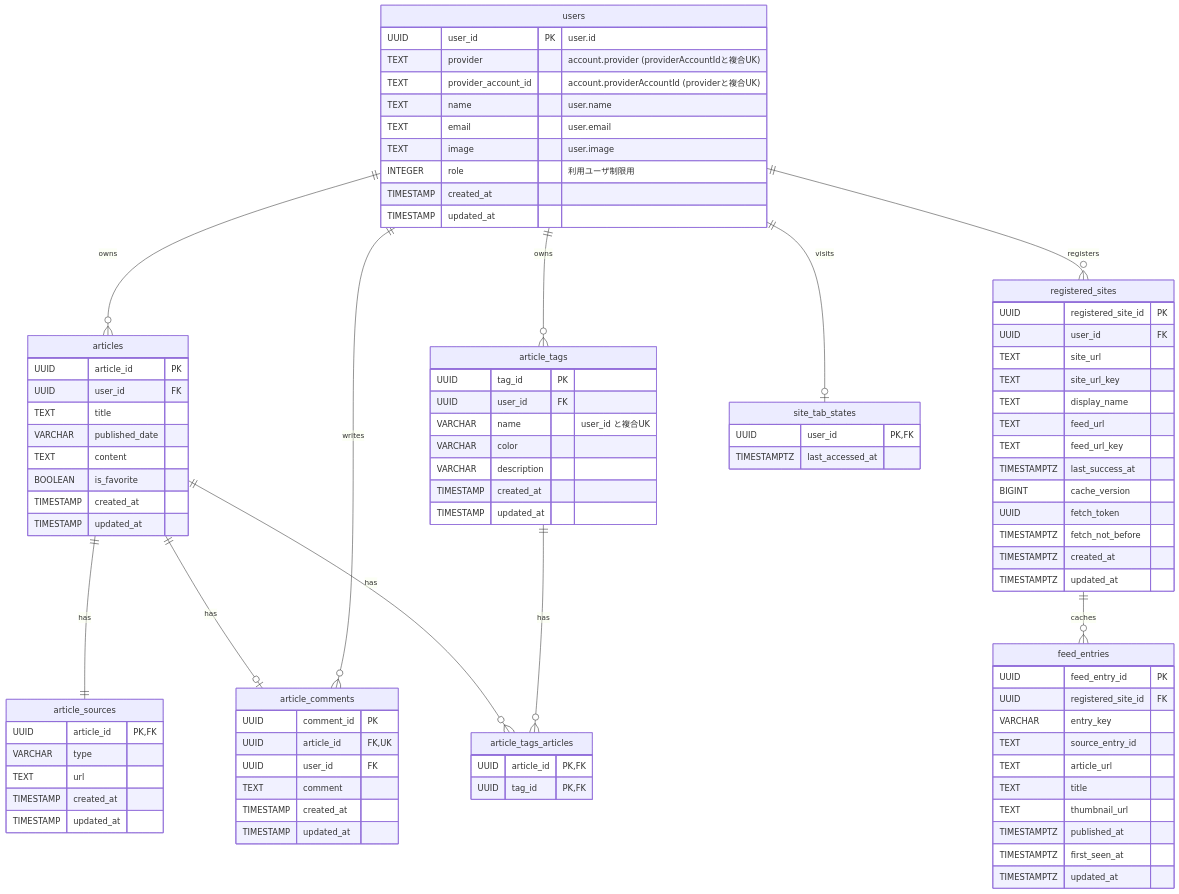
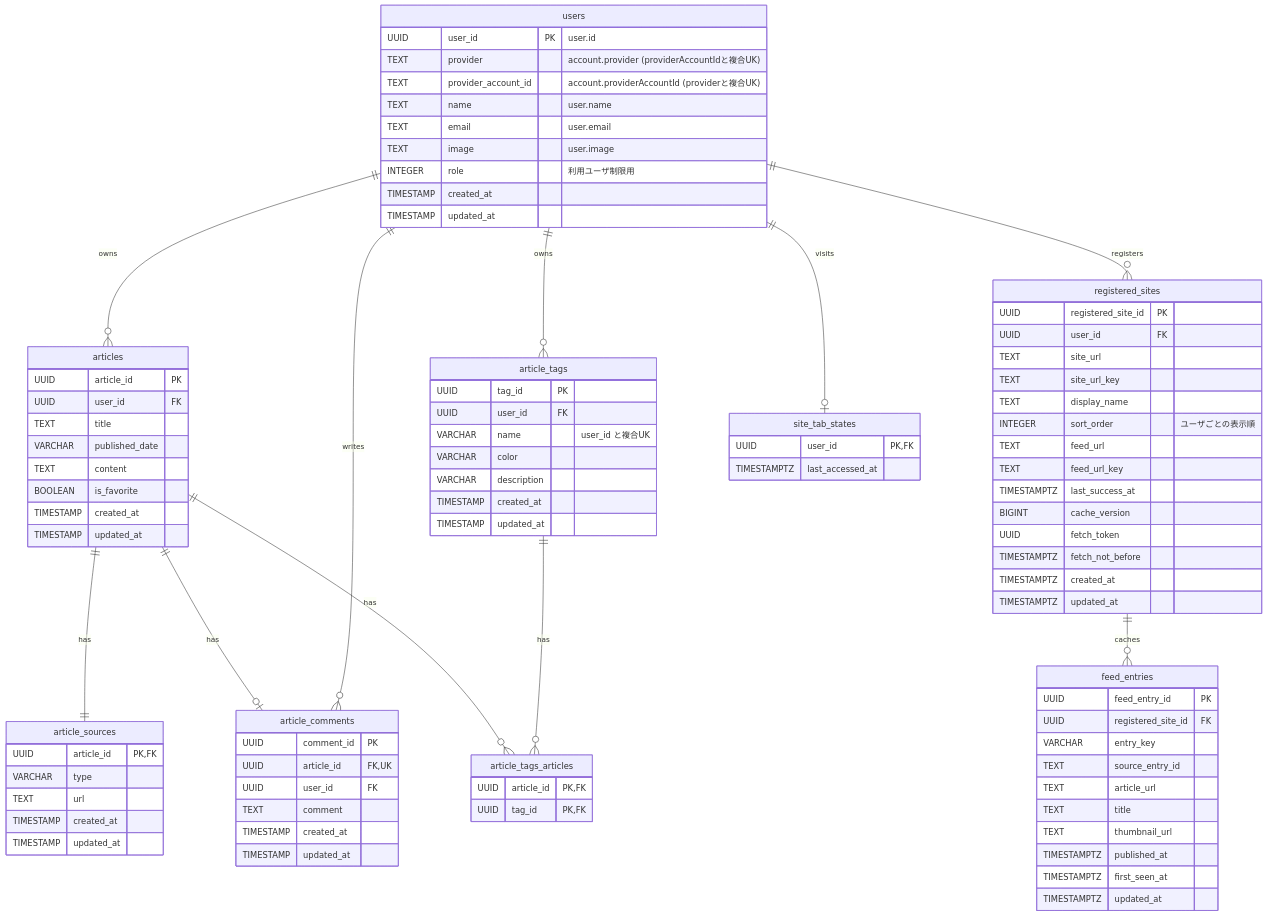
The diagram in docs/architecture/er.md (2-yudetama/article-freezer), drawn with Mermaid before and after one commit. The commit also changed 13 other files, not shown here.

```diff
--- a/docs/architecture/er.md
+++ b/docs/architecture/er.md
@@ -61,6 +61,7 @@
         TEXT site_url
         TEXT site_url_key
         TEXT display_name
+        INTEGER sort_order "ユーザごとの表示順"
         TEXT feed_url
         TEXT feed_url_key
         TIMESTAMPTZ last_success_at
```
